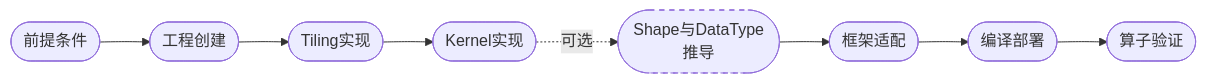
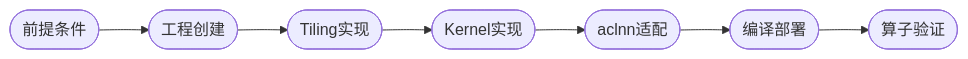
Before and after one commit to ckorikov/cann-ops-transformer: the first of 5 diagrams in docs/context/aicore_develop_guide.md, drawn with Mermaid. The commit also changed other lines of this file and 18 other files, not shown here.

````diff
--- a/docs/context/aicore_develop_guide.md
+++ b/docs/context/aicore_develop_guide.md
@@ -10,11 +7,9 @@
 ```mermaid
 graph LR
 	A([前提条件]) --> W([工程创建])
 	W --> B([Tiling实现])
     B --> C([Kernel实现])
-    C -.->|可选|D([Shape与DataType <br> 推导])
-    D --> E([框架适配])
-    E --> F([编译部署])
-    F --> G([算子验证])
-    style D stroke-dasharray:5 5
+    C --> D([aclnn适配])
+    D --> E([编译部署])
+    E --> F([算子验证])
 ```
````
